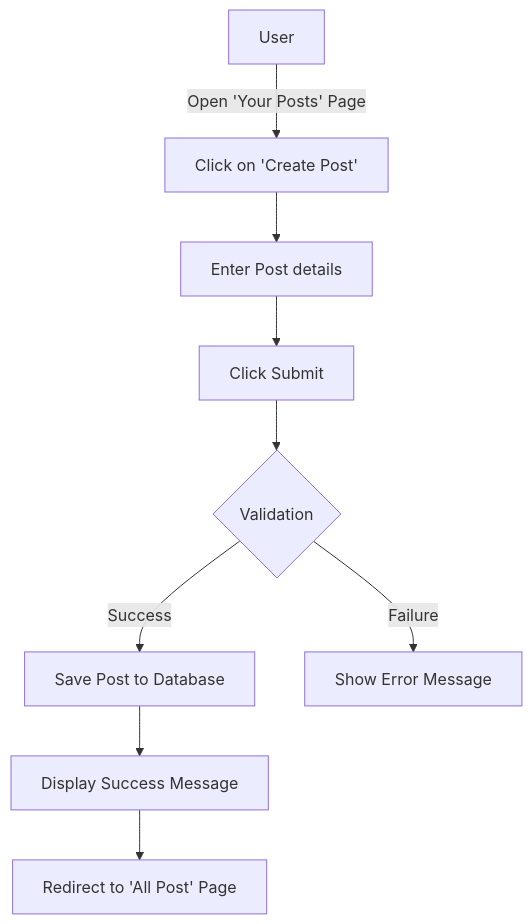
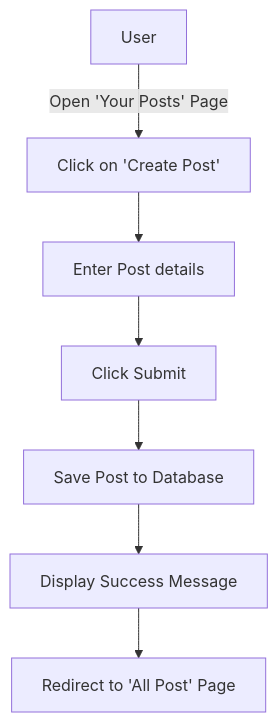
The first of 3 diagrams in README.md (Kine123649/Kine123649-WebAdvance-N09), drawn with Mermaid before and after one commit.

````diff
--- a/README.md
+++ b/README.md
@@ -9,11 +9,9 @@
 ```mermaid
 flowchart TD
   A[User] -->|Open 'Your Posts' Page| B[Click on 'Create Post'];
     B --> C[Enter Post details]
     C --> D[Click Submit];
-    D --> E{Validation};
-    E -- Success --> F[Save Post to Database];
-    E -- Failure --> G[Show Error Message];
+    D --> F[Save Post to Database];
     F --> H[Display Success Message];
     H --> I[Redirect to 'All Post' Page];
 ```
````
